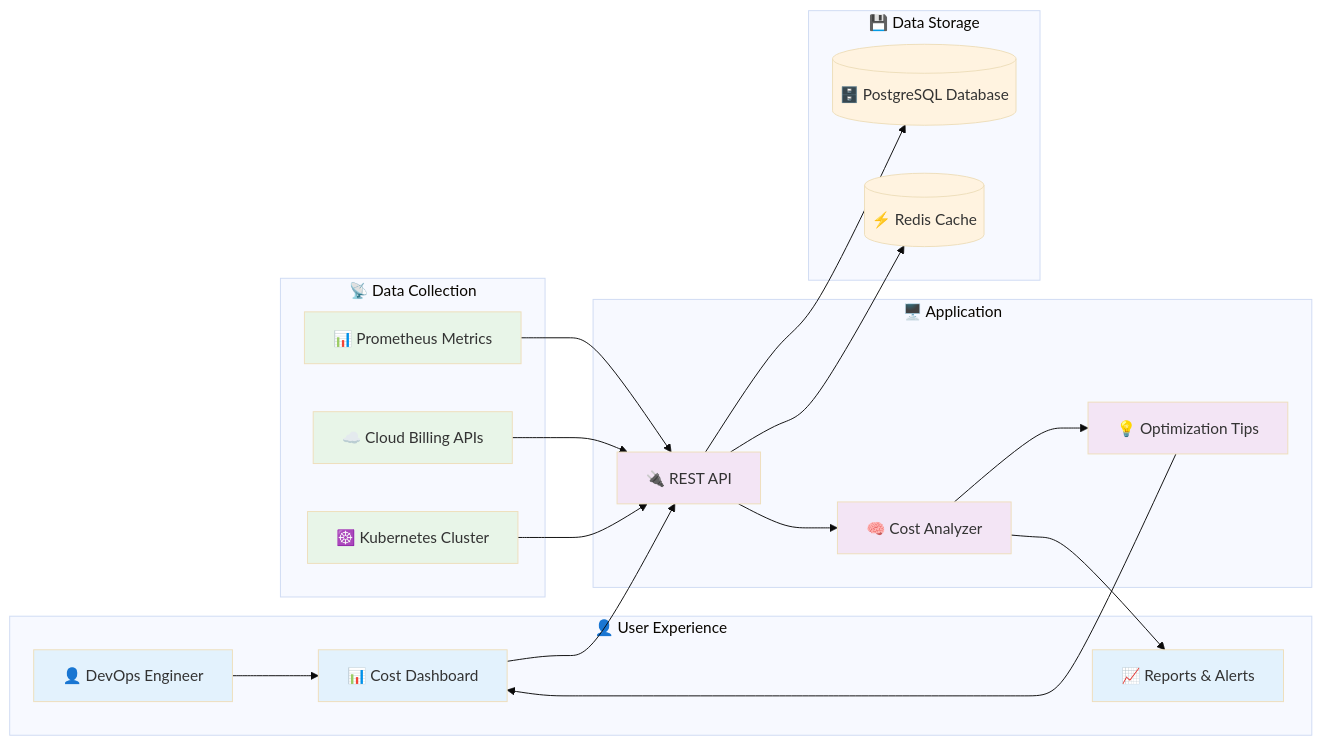
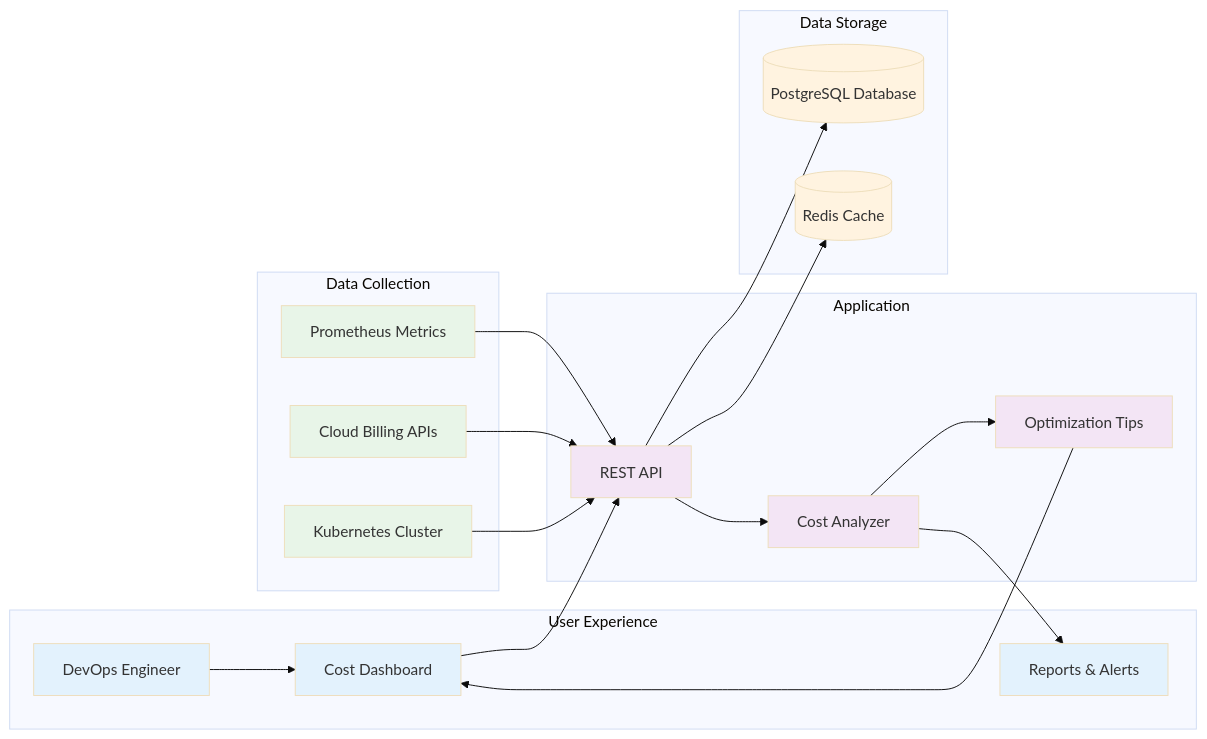
One commit to catherinevee/k8s-kost changed the first of 4 diagrams in README.md. Above: the diagram before and after it, drawn with Mermaid (base theme). The commit also changed other lines of this file and 1 other file, not shown here.

Commit message:
improve README readability

````diff
--- a/README.md
+++ b/README.md
@@ -35,57 +35,57 @@
 ```mermaid
 graph LR
     %% User Journey
-    subgraph "👤 User Experience"
-        USER[👤 DevOps Engineer]
-        DASHBOARD[📊 Cost Dashboard]
-        REPORTS[📈 Reports & Alerts]
+    subgraph "User Experience"
+        USER[DevOps Engineer]
+        DASHBOARD[Cost Dashboard]
+        REPORTS[Reports & Alerts]
     end
     
     %% Core Application
-    subgraph "🖥️ Application"
-        API[🔌 REST API]
-        ANALYZER[🧠 Cost Analyzer]
-        RECOMMENDATIONS[💡 Optimization Tips]
+    subgraph "Application"
+        API[REST API]
+        ANALYZER[Cost Analyzer]
+        RECOMMENDATIONS[Optimization Tips]
     end
     
     %% Data Sources
-    subgraph "📡 Data Collection"
-        K8S[☸️ Kubernetes Cluster]
-        CLOUD[☁️ Cloud Billing APIs]
-        METRICS[📊 Prometheus Metrics]
+    subgraph "Data Collection"
+        K8S[Kubernetes Cluster]
+        CLOUD[Cloud Billing APIs]
+        METRICS[Prometheus Metrics]
     end
     
     %% Storage
-    subgraph "💾 Data Storage"
-        DB[(🗄️ PostgreSQL Database)]
-        CACHE[(⚡ Redis Cache)]
+    subgraph "Data Storage"
+        DB[(PostgreSQL Database)]
+        CACHE[(Redis Cache)]
     end
     
     %% User Flow
     USER --> DASHBOARD
     DASHBOARD --> API
     API --> ANALYZER
     ANALYZER --> RECOMMENDATIONS
     
     %% Data Flow
     K8S --> API
     CLOUD --> API
     METRICS --> API
     API --> DB
     API --> CACHE
     
     %% Output
     ANALYZER --> REPORTS
     RECOMMENDATIONS --> DASHBOARD
     
     %% Styling
     classDef user fill:#e3f2fd
     classDef app fill:#f3e5f5
     classDef data fill:#e8f5e8
     classDef storage fill:#fff3e0
     
     class USER,DASHBOARD,REPORTS user
     class API,ANALYZER,RECOMMENDATIONS app
     class K8S,CLOUD,METRICS data
     class DB,CACHE storage
 ```
````
